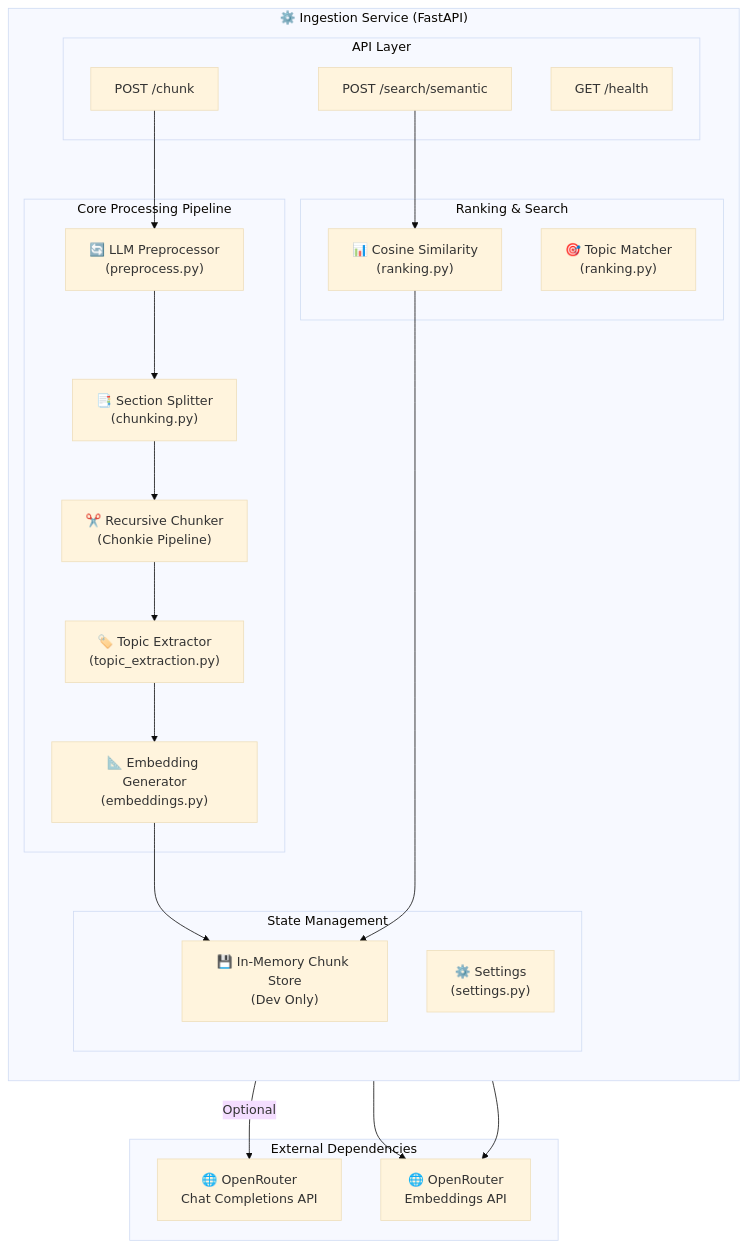
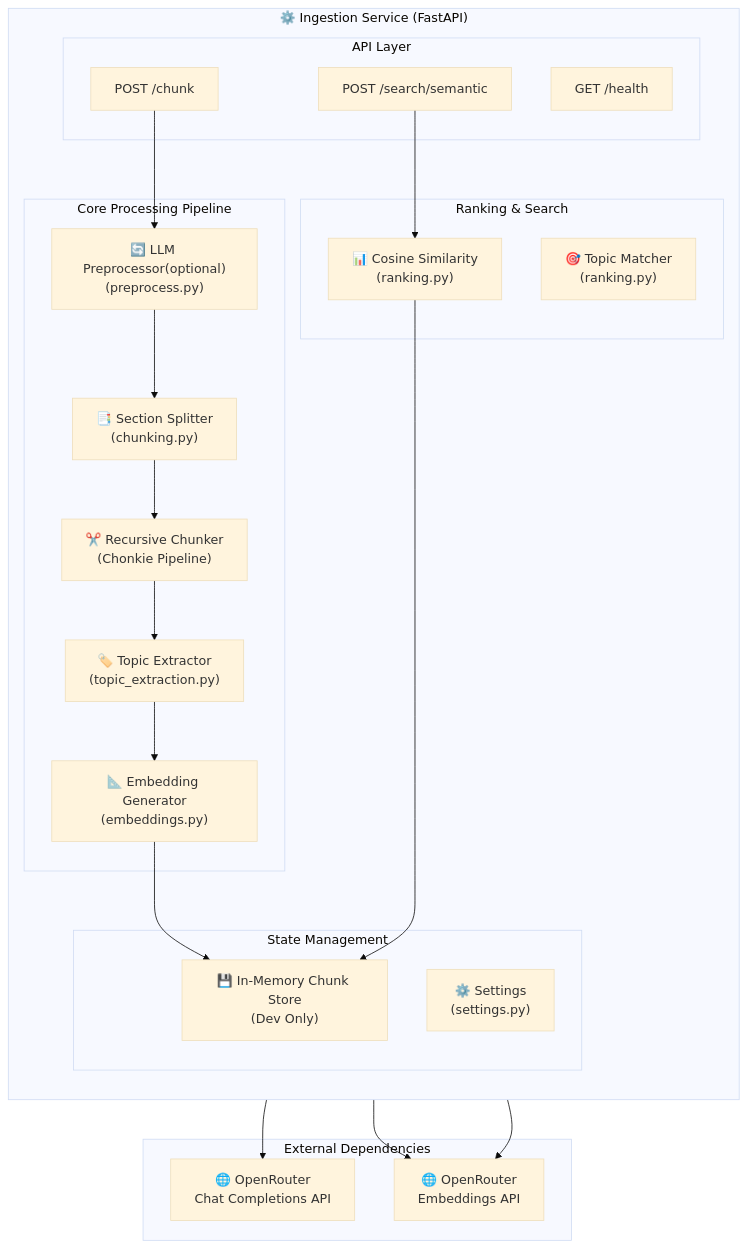
One commit to a1amit/CourseLLM-Firebase changed the second of 17 diagrams in services/ingestion/ARCHITECTURE.md. Above: the diagram before and after it, drawn with Mermaid (base theme). The commit also changed other lines of this file, not shown here.

````diff
--- a/services/ingestion/ARCHITECTURE.md
+++ b/services/ingestion/ARCHITECTURE.md
@@ -116,48 +116,48 @@
 ```mermaid
 flowchart TB
     subgraph IngestionService["⚙️ Ingestion Service (FastAPI)"]
         direction TB
         
         subgraph API["API Layer"]
             HealthEndpoint["GET /health"]
             ChunkEndpoint["POST /chunk"]
             SearchEndpoint["POST /search/semantic"]
         end
         
         subgraph Core["Core Processing Pipeline"]
-            Preprocessor["🔄 LLM Preprocessor<br/>(preprocess.py)"]
+            Preprocessor["🔄 LLM Preprocessor(optional)<br/>(preprocess.py)"]
             SectionSplitter["📑 Section Splitter<br/>(chunking.py)"]
             Chunker["✂️ Recursive Chunker<br/>(Chonkie Pipeline)"]
             TopicExtractor["🏷️ Topic Extractor<br/>(topic_extraction.py)"]
             EmbeddingGenerator["📐 Embedding Generator<br/>(embeddings.py)"]
         end
         
         subgraph Ranking["Ranking & Search"]
             CosineSim["📊 Cosine Similarity<br/>(ranking.py)"]
             TopicMatcher["🎯 Topic Matcher<br/>(ranking.py)"]
         end
         
         subgraph State["State Management"]
             InMemoryStore["💾 In-Memory Chunk Store<br/>(Dev Only)"]
             Settings["⚙️ Settings<br/>(settings.py)"]
         end
     end
     
     subgraph External["External Dependencies"]
         OpenRouterLLM["🌐 OpenRouter<br/>Chat Completions API"]
         OpenRouterEmbed["🌐 OpenRouter<br/>Embeddings API"]
     end
     
     ChunkEndpoint --> Preprocessor
-    Preprocessor -->|Optional| OpenRouterLLM
+    Preprocessor --> OpenRouterLLM
     Preprocessor --> SectionSplitter
     SectionSplitter --> Chunker
     Chunker --> TopicExtractor
     TopicExtractor --> EmbeddingGenerator
     EmbeddingGenerator --> OpenRouterEmbed
     EmbeddingGenerator --> InMemoryStore
     
     SearchEndpoint --> CosineSim
     SearchEndpoint --> OpenRouterEmbed
     CosineSim --> InMemoryStore
 ```
````
